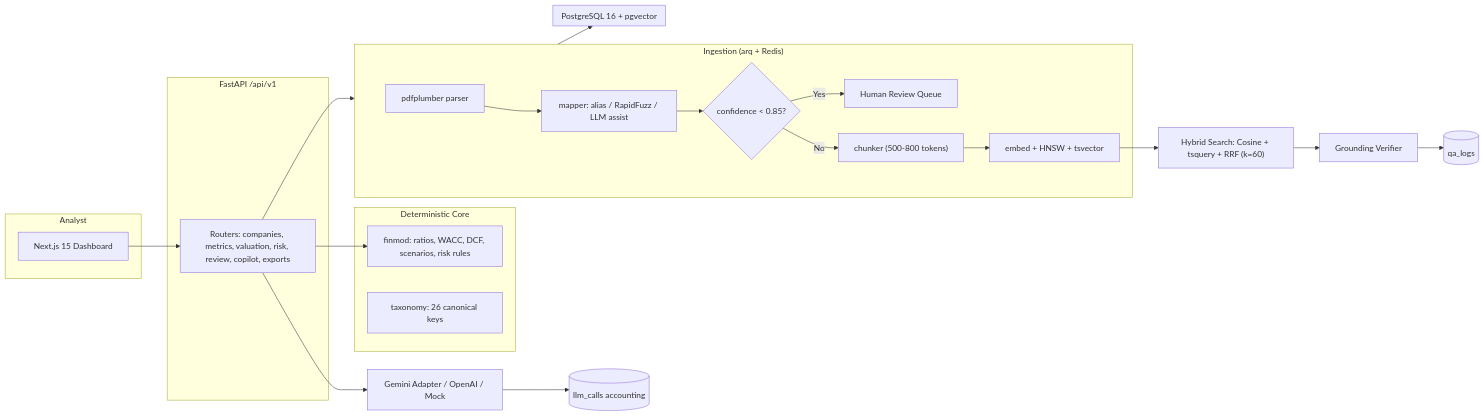
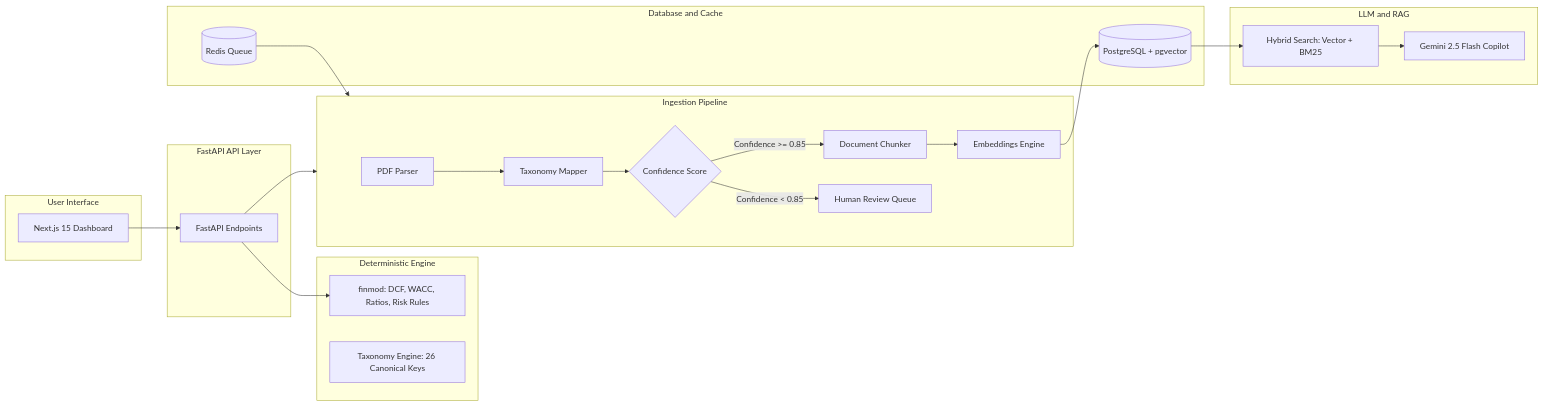
The diagram in README.md (mahirbhat70-eng/finsight-ai), drawn with Mermaid before and after one commit.

Commit message:
docs: simplify architecture Mermaid diagram for GitHub compatibility

````diff
--- a/README.md
+++ b/README.md
@@ -15,28 +15,41 @@
 ```mermaid
 flowchart LR
-    subgraph client["Analyst"]
-        UI["Next.js 15 Dashboard"]
+    subgraph UI ["User Interface"]
+        DASH["Next.js 15 Dashboard"]
     end
-    subgraph api["FastAPI /api/v1"]
-        R["Routers: companies, metrics, valuation, risk, review, copilot, exports"]
+
+    subgraph Backend ["FastAPI API Layer"]
+        API["FastAPI Endpoints"]
     end
-    subgraph engine["Deterministic Core"]
-        F["finmod: ratios, WACC, DCF, scenarios, risk rules"]
-        T["taxonomy: 26 canonical keys"]
+
+    subgraph Core ["Deterministic Engine"]
+        FINMOD["finmod: DCF, WACC, Ratios, Risk Rules"]
+        TAX["Taxonomy Engine: 26 Canonical Keys"]
     end
-    subgraph pipeline["Ingestion (arq + Redis)"]
-        P["pdfplumber parser"] --> M["mapper: alias / RapidFuzz / LLM assist"]
-        M --> RV{"confidence < 0.85?"}
-        RV -- Yes --> Q["Human Review Queue"]
-        RV -- No --> C["chunker (500-800 tokens)"]
-        C --> E["embed + HNSW + tsvector"]
+
+    subgraph Ingestion ["Ingestion Pipeline"]
+        PARSER["PDF Parser"] --> MAPPER["Taxonomy Mapper"]
+        MAPPER --> CHECK{"Confidence Score"}
+        CHECK -->|Confidence < 0.85| REVIEW["Human Review Queue"]
+        CHECK -->|Confidence >= 0.85| CHUNKER["Document Chunker"]
+        CHUNKER --> EMBED["Embeddings Engine"]
     end
-    subgraph store["PostgreSQL 16 + pgvector"]
+
+    subgraph Storage ["Database and Cache"]
+        PG[("PostgreSQL + pgvector")]
+        REDIS[("Redis Queue")]
     end
-    G["Gemini Adapter / OpenAI / Mock"] --> L[("llm_calls accounting")]
-    UI --> R --> F
-    R --> pipeline --> store
-    R --> G
-    E --> H["Hybrid Search: Cosine + tsquery + RRF (k=60)"]
-    H --> V["Grounding Verifier"] --> QL[("qa_logs")]
+
+    subgraph AI ["LLM and RAG"]
+        RAG["Hybrid Search: Vector + BM25"]
+        COPILOT["Gemini 2.5 Flash Copilot"]
+    end
+
+    DASH --> API
+    API --> FINMOD
+    API --> Ingestion
+    EMBED --> PG
+    REDIS --> Ingestion
+    PG --> RAG
+    RAG --> COPILOT
 ```
````
